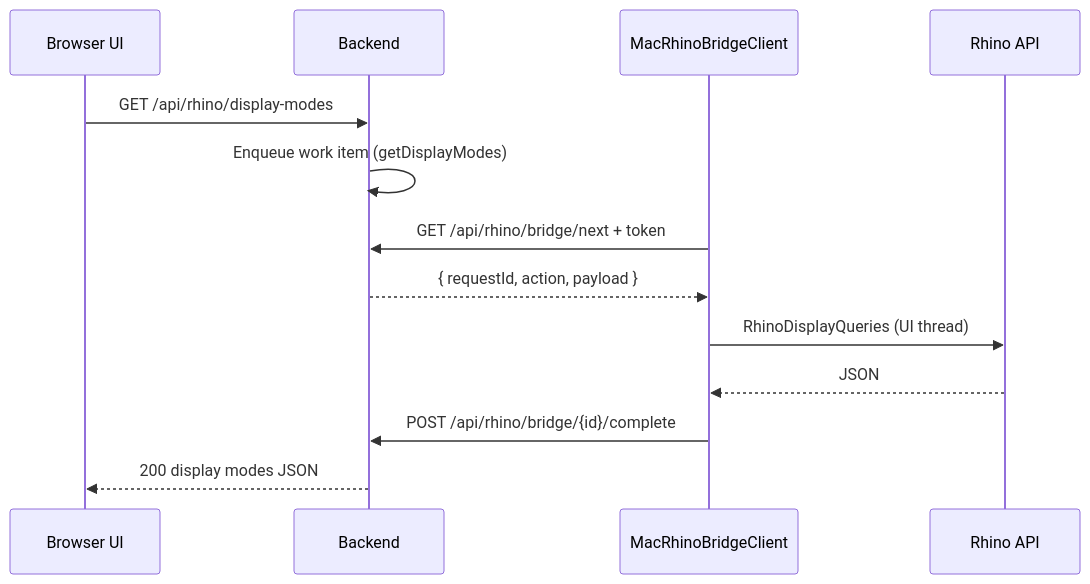
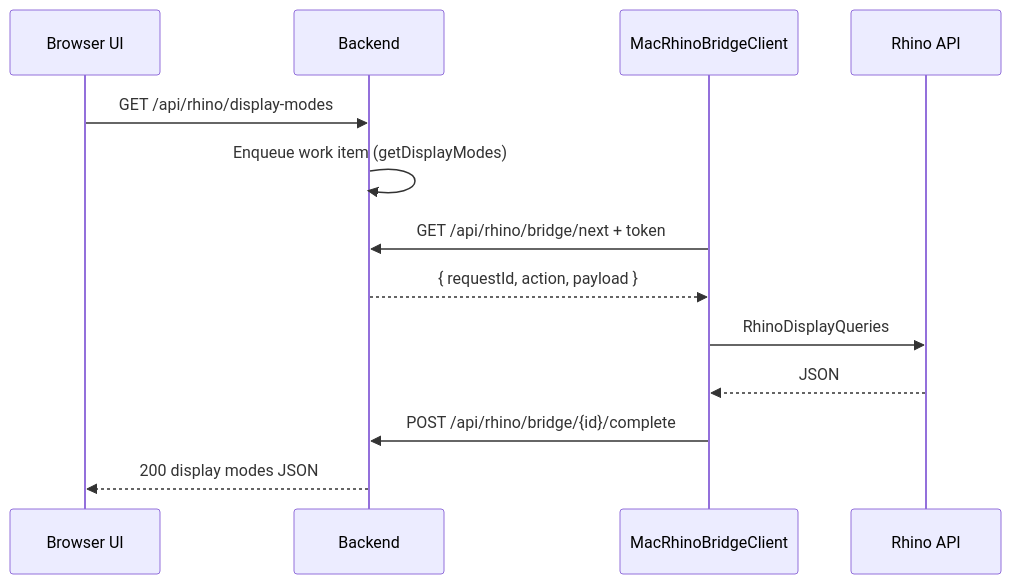
One commit to Bochyn/AI-Image-Studio changed the second of 2 diagrams in docs/engineering/cross-platform-bridge.md. Above: the diagram before and after it, drawn with Mermaid. The commit also changed other lines of this file and 32 other files, not shown here.

````diff
--- a/docs/engineering/cross-platform-bridge.md
+++ b/docs/engineering/cross-platform-bridge.md
@@ -87,16 +87,16 @@
 ```mermaid
 sequenceDiagram
     participant UI as Browser UI
     participant BE as Backend
     participant Mac as MacRhinoBridgeClient
     participant RH as Rhino API
 
     UI->>BE: GET /api/rhino/display-modes
     BE->>BE: Enqueue work item (getDisplayModes)
     Mac->>BE: GET /api/rhino/bridge/next + token
     BE-->>Mac: { requestId, action, payload }
-    Mac->>RH: RhinoDisplayQueries (UI thread)
+    Mac->>RH: RhinoDisplayQueries
     RH-->>Mac: JSON
     Mac->>BE: POST /api/rhino/bridge/{id}/complete
     BE-->>UI: 200 display modes JSON
 ```
````
